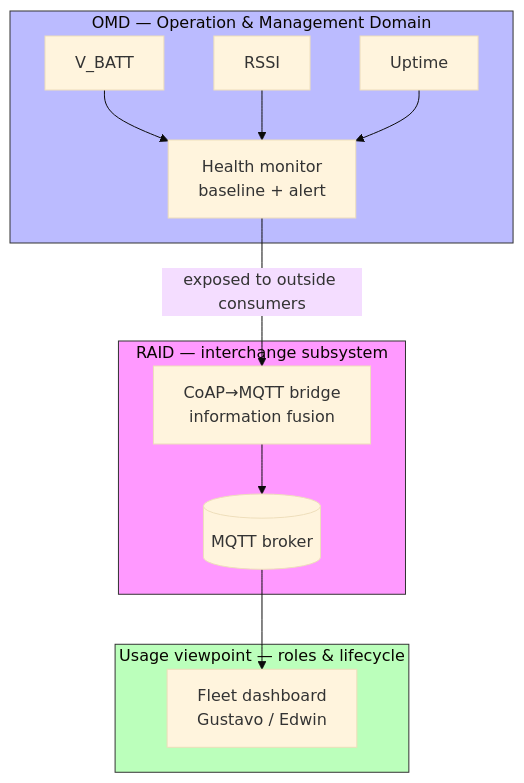
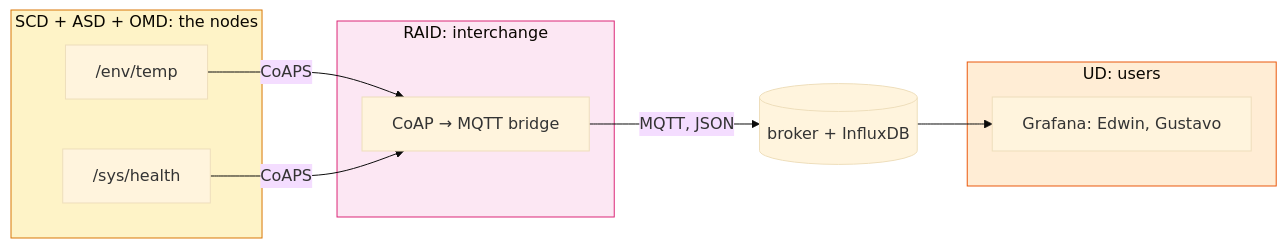
Before and after one commit to Giraldo0712/4201327-iot_systems_design: the diagram in labs/lab7.md, drawn with Mermaid (base theme). The commit also changed other lines of this file and 10 other files, not shown here.

````diff
--- a/labs/lab7.md
+++ b/labs/lab7.md
@@ -35,26 +96,19 @@
 ```mermaid
-graph TD
-    subgraph OMD [OMD — Operation & Management Domain]
-        Batt[V_BATT]
-        Rssi[RSSI]
-        Up[Uptime]
-        Health[Health monitor<br/>baseline + alert]
+graph LR
+    subgraph SCD [SCD + ASD + OMD: the nodes]
+        T["/env/temp"]
+        H["/sys/health"]
     end
-    subgraph RAID [RAID — interchange subsystem]
-        Bridge[CoAP→MQTT bridge<br/>information fusion]
-        Broker[(MQTT broker)]
+    subgraph RAID [RAID: interchange]
+        B[CoAP → MQTT bridge]
     end
-    subgraph USAGE [Usage viewpoint — roles & lifecycle]
-        Dash[Fleet dashboard<br/>Gustavo / Edwin]
+    subgraph UD [UD: users]
+        G[Grafana: Edwin, Gustavo]
     end
-    Batt --> Health
-    Rssi --> Health
-    Up --> Health
-    Health -->|exposed to outside consumers| Bridge
-    Bridge --> Broker
-    Broker --> Dash
-
-    style OMD fill:#bbf,stroke:#333
-    style RAID fill:#f9f,stroke:#333
-    style USAGE fill:#bfb,stroke:#333
+    T -->|CoAPS| B
+    H -->|CoAPS| B
+    B -->|MQTT, JSON| M[(broker + InfluxDB)] --> G
+    style SCD fill:#fef3c7,stroke:#d97706
+    style RAID fill:#fce7f3,stroke:#db2777
+    style UD fill:#ffedd5,stroke:#ea580c
 ```
````
